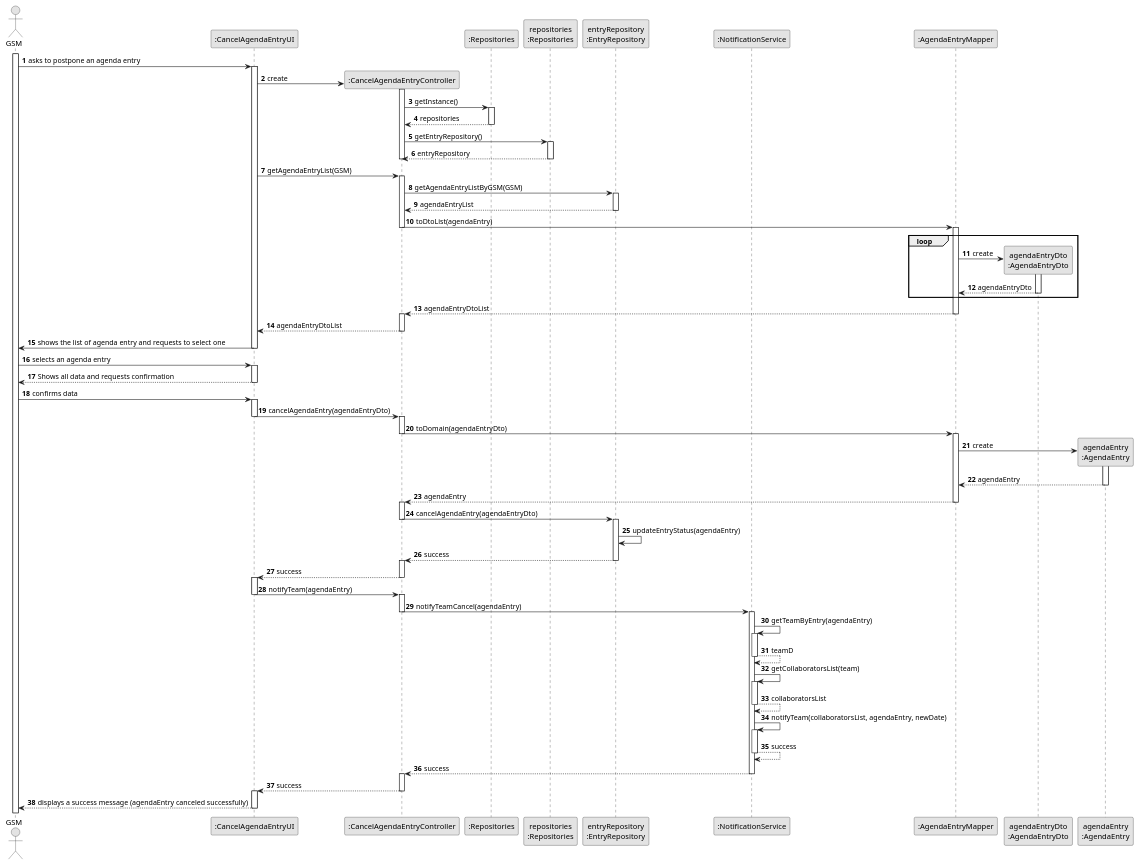
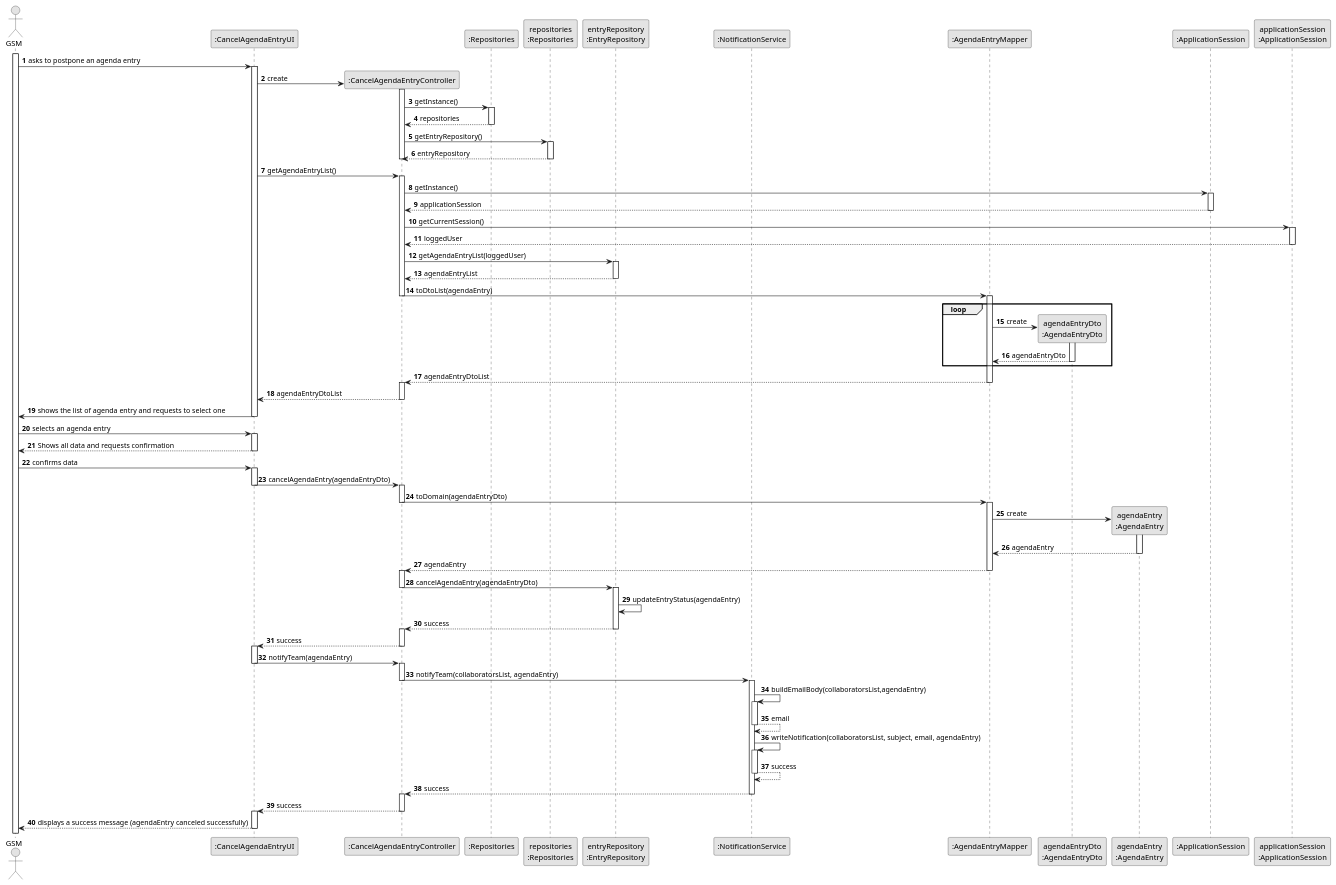
The diagram in docs/sprintC/us025/03.design/puml/us025-sequence-diagram-full.puml (ricardomm7/leaflink), drawn with PlantUML before and after one commit. The commit also changed 20 other files, not shown here.

```diff
--- a/docs/sprintC/us025/03.design/puml/us025-sequence-diagram-full.puml
+++ b/docs/sprintC/us025/03.design/puml/us025-sequence-diagram-full.puml
@@ -1,157 +1,163 @@
 @startuml
 skinparam monochrome true
 skinparam packageStyle rectangle
 skinparam shadowing false
 
 autonumber
 
 actor "GSM" as GSM
 participant ":CancelAgendaEntryUI" as UI
 participant ":CancelAgendaEntryController" as CTRL
 participant ":Repositories" as RepositorySingleton
 participant "repositories\n:Repositories" as PLAT
 participant "entryRepository\n:EntryRepository" as EntryRepo
 participant ":NotificationService" as NotificationService
 participant ":AgendaEntryMapper" as AgendaEntryMapper
 participant "agendaEntryDto\n:AgendaEntryDto" as AgendaEntryDto
 participant "agendaEntry\n:AgendaEntry" as AgendaEntry
+participant ":ApplicationSession" as ApplicationSession
+participant "applicationSession\n:ApplicationSession" as applicationSession1
 
 
 
 activate GSM
 
     GSM -> UI : asks to postpone an agenda entry
     activate UI
 
         UI -> CTRL **: create
         activate CTRL
 
             CTRL -> RepositorySingleton : getInstance()
             activate RepositorySingleton
 
                 RepositorySingleton --> CTRL : repositories
             deactivate RepositorySingleton
 
             CTRL -> PLAT : getEntryRepository()
             activate PLAT
 
                 PLAT --> CTRL : entryRepository
             deactivate PLAT
 
              deactivate CTRL
 
 
-        UI -> CTRL: getAgendaEntryList(GSM)
+        UI -> CTRL: getAgendaEntryList()
         activate CTRL
 
-            CTRL -> EntryRepo: getAgendaEntryListByGSM(GSM)
+            CTRL -> ApplicationSession : getInstance()
+            activate ApplicationSession
+            ApplicationSession --> CTRL : applicationSession
+            deactivate ApplicationSession
+
+            CTRL -> applicationSession1 : getCurrentSession()
+            activate applicationSession1
+            applicationSession1 --> CTRL : loggedUser
+            deactivate applicationSession1
+
+            CTRL -> EntryRepo: getAgendaEntryList(loggedUser)
             activate EntryRepo
 
             EntryRepo --> CTRL: agendaEntryList
             deactivate EntryRepo
 
             CTRL -> AgendaEntryMapper : toDtoList(agendaEntry)
             deactivate CTRL
             activate AgendaEntryMapper
 
             loop
                 AgendaEntryMapper -> AgendaEntryDto** : create
                 activate AgendaEntryDto
 
                 AgendaEntryDto --> AgendaEntryMapper : agendaEntryDto
                 deactivate AgendaEntryDto
             end
 
             AgendaEntryMapper --> CTRL : agendaEntryDtoList
             deactivate AgendaEntryMapper
             activate CTRL
 
             CTRL --> UI : agendaEntryDtoList
         deactivate CTRL
 
         UI -> GSM : shows the list of agenda entry and requests to select one
     deactivate UI
 
     GSM -> UI : selects an agenda entry
     activate UI
 
     UI --> GSM : Shows all data and requests confirmation
     deactivate UI
 
     GSM -> UI: confirms data
     activate UI
 
         UI -> CTRL : cancelAgendaEntry(agendaEntryDto)
         deactivate UI
         activate CTRL
 
             CTRL -> AgendaEntryMapper: toDomain(agendaEntryDto)
             deactivate CTRL
             activate AgendaEntryMapper
 
                 AgendaEntryMapper -> AgendaEntry** : create
                 activate AgendaEntry
 
                 AgendaEntry --> AgendaEntryMapper : agendaEntry
                 deactivate AgendaEntry
 
             AgendaEntryMapper --> CTRL: agendaEntry
             deactivate AgendaEntryMapper
             activate CTRL
 
 
 
             CTRL -> EntryRepo : cancelAgendaEntry(agendaEntryDto)
             deactivate CTRL
             activate EntryRepo
 
 
             EntryRepo -> EntryRepo : updateEntryStatus(agendaEntry)
 
 
             EntryRepo --> CTRL : success
             deactivate EntryRepo
             activate CTRL
 
             CTRL --> UI : success
             deactivate CTRL
             activate UI
 
             UI -> CTRL : notifyTeam(agendaEntry)
             deactivate UI
             activate CTRL
 
-            CTRL -> NotificationService : notifyTeamCancel(agendaEntry)
+            CTRL -> NotificationService : notifyTeam(collaboratorsList, agendaEntry)
             deactivate CTRL
             activate NotificationService
 
-                NotificationService -> NotificationService : getTeamByEntry(agendaEntry)
+                NotificationService -> NotificationService : buildEmailBody(collaboratorsList,agendaEntry)
                 activate NotificationService
 
-                NotificationService --> NotificationService : teamD
+                NotificationService --> NotificationService : email
                 deactivate NotificationService
 
-                NotificationService -> NotificationService : getCollaboratorsList(team)
-                activate NotificationService
-
-                NotificationService --> NotificationService : collaboratorsList
-                deactivate NotificationService
-
-                NotificationService -> NotificationService : notifyTeam(collaboratorsList, agendaEntry, newDate)
+                NotificationService -> NotificationService : writeNotification(collaboratorsList, subject, email, agendaEntry)
                 activate NotificationService
 
                 NotificationService --> NotificationService : success
                 deactivate NotificationService
 
                 NotificationService --> CTRL : success
                 deactivate NotificationService
         activate CTRL
 
         CTRL --> UI : success
     deactivate CTRL
     activate UI
 
     UI --> GSM : displays a success message (agendaEntry canceled successfully)
 deactivate UI
 
 @enduml
```
